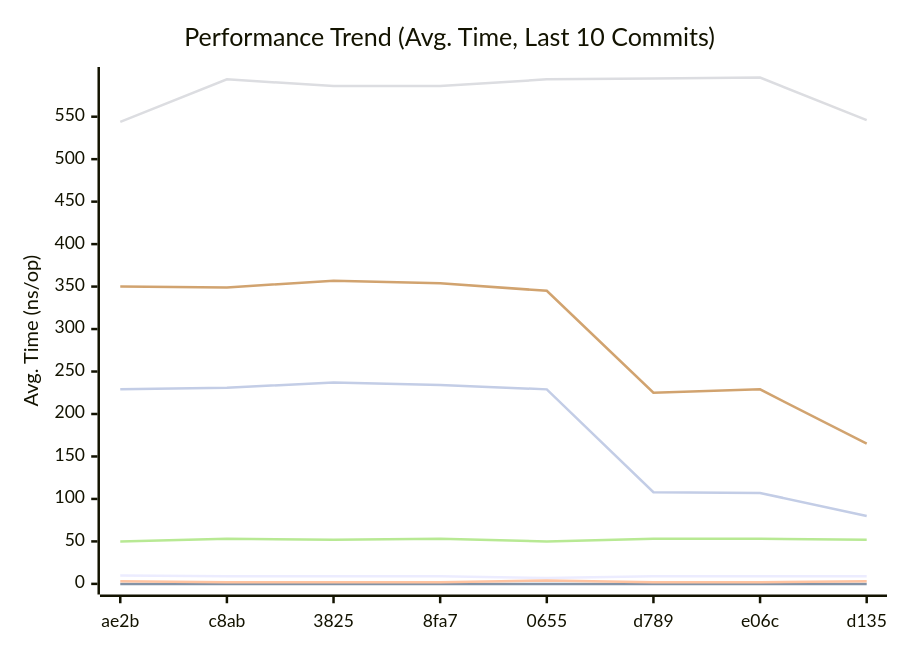
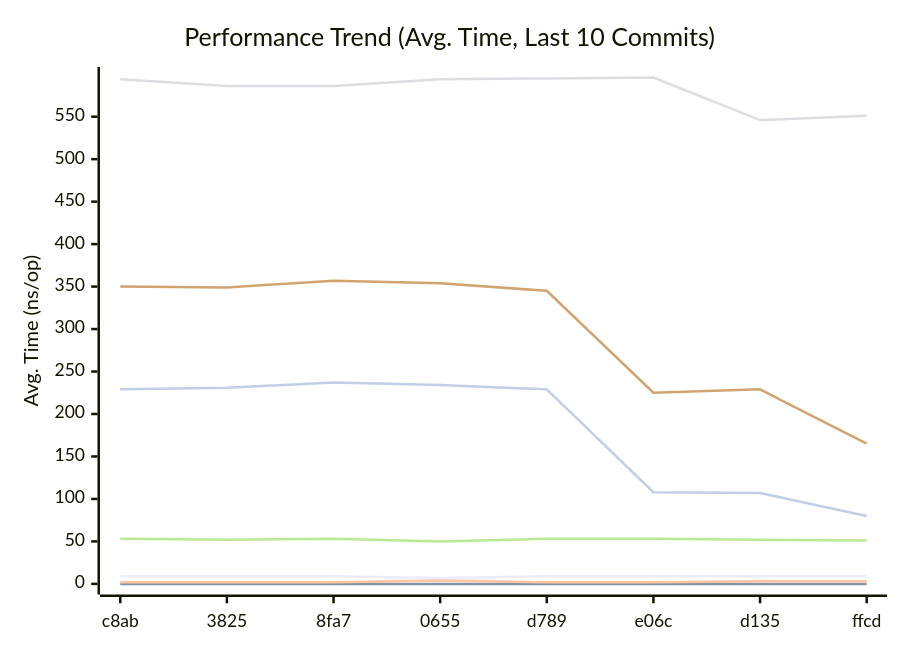
Before and after one commit to alsotoes/momo: the first of 3 diagrams in docs/README.md, drawn with Mermaid. The commit also changed other lines of this file and 1 other file, not shown here.

````diff
--- a/docs/README.md
+++ b/docs/README.md
@@ -303,14 +303,14 @@
 ```mermaid
 xychart-beta
     title "Performance Trend (Avg. Time, Last 10 Commits)"
     x-axis "Commit"
     y-axis "Avg. Time (ns/op)"
-    x-axis [ae2b,c8ab,3825,8fa7,0655,d789,e06c,d135]
-    line "CheckMetricsAndSwap" [10,9,9,9,7,9,9,9,9,7]
+    x-axis [c8ab,3825,8fa7,0655,d789,e06c,d135,ffcd]
+    line "CheckMetricsAndSwap" [9,9,9,7,9,9,9,9,7,9]
     line "IndexDirectTracking" [0,0,0,0,0,0,0,0,0,0]
-    line "IndexSearch" [3,2,2,2,4,2,2,3,3,4]
-    line "LoadGlobalConfig" [544,594,586,586,594,595,596,546,551,589]
-    line "PadString" [50,53,52,53,50,53,53,52,51,50]
+    line "IndexSearch" [2,2,2,4,2,2,3,3,4,3]
+    line "LoadGlobalConfig" [594,586,586,594,595,596,546,551,589,552]
+    line "PadString" [53,52,53,50,53,53,52,51,50,50]
     line "ParseReplicationOrder_NoPrealloc" [350,349,357,354,345,225,229,165,232,234]
     line "ParseReplicationOrder_Prealloc" [229,231,237,234,229,108,107,80,110,109]
 ```
````
